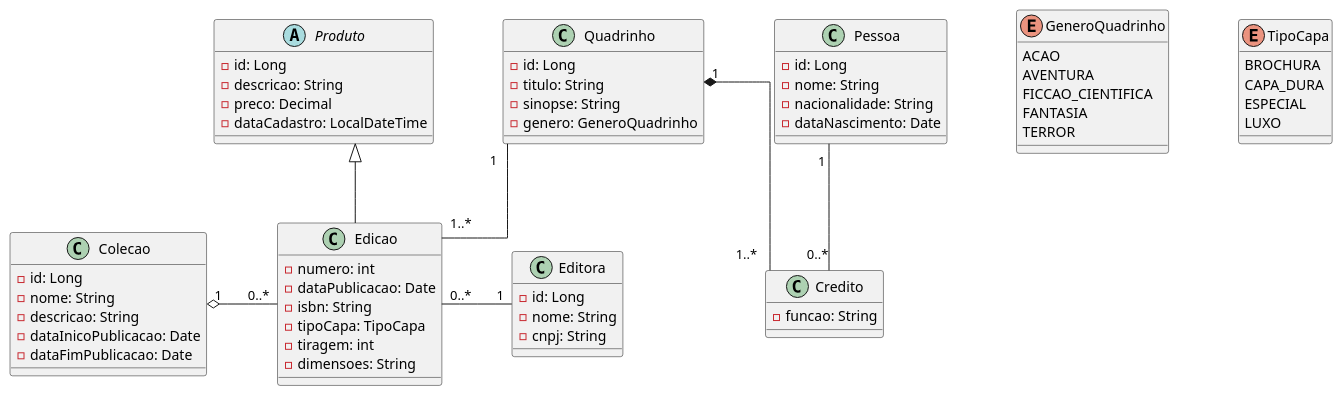
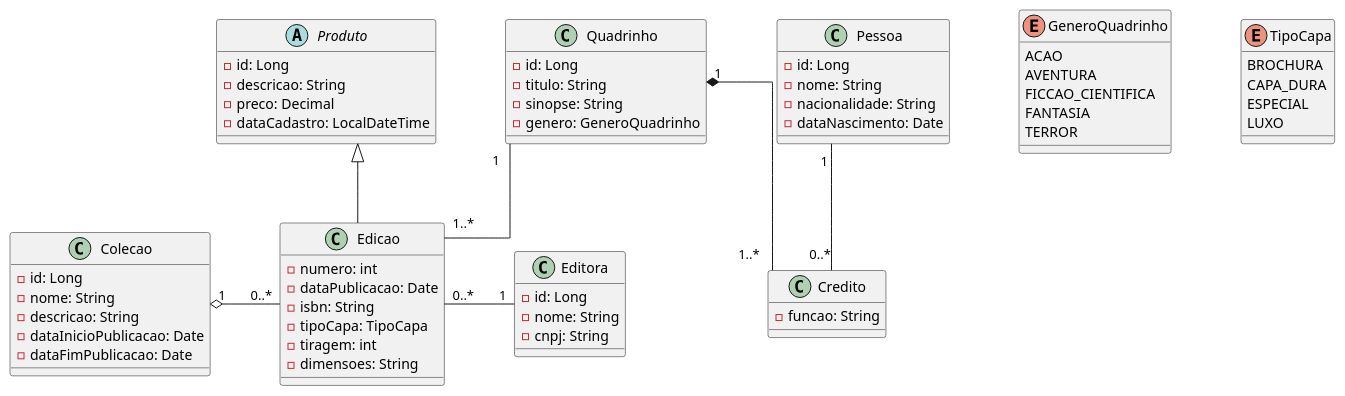
One commit to leonardo-Trex/kuasys changed the diagram in classDiagram.plantuml. Above: the diagram before and after it, drawn with PlantUML.

Commit message:
pequena correção ortográfica.

```diff
--- a/classDiagram.plantuml
+++ b/classDiagram.plantuml
@@ -1,92 +1,92 @@
 @startuml e-commerce
 
 skinparam nodesep 70
 skinparam ranksep 70
 skinparam linetype ortho
 
 ' =====================
 ' ENUMS
 ' =====================
 
 enum GeneroQuadrinho {
   ACAO
   AVENTURA
   FICCAO_CIENTIFICA
   FANTASIA
   TERROR
 }
 
 enum TipoCapa {
   BROCHURA
   CAPA_DURA
   ESPECIAL
   LUXO
 }
 
 ' =====================
 ' CLASSES
 ' =====================
 
 abstract class Produto {
   - id: Long
   - descricao: String
   - preco: Decimal
   - dataCadastro: LocalDateTime
 }
 
 class Edicao {
   - numero: int
   - dataPublicacao: Date
   - isbn: String
   - tipoCapa: TipoCapa
   - tiragem: int
   - dimensoes: String
 }
 
 class Quadrinho {
   - id: Long
   - titulo: String
   - sinopse: String
   - genero: GeneroQuadrinho
 }
 
 class Colecao {
   - id: Long
   - nome: String
   - descricao: String
-  - dataInicoPublicacao: Date
+  - dataInicioPublicacao: Date
   - dataFimPublicacao: Date
 }
 
 class Editora {
   - id: Long
   - nome: String
   - cnpj: String
 }
 
 class Pessoa {
   - id: Long
   - nome: String
   - nacionalidade: String
   - dataNascimento: Date
 }
 
 class Credito {
   - funcao: String  
 }
 
 ' =====================
 ' RELACIONAMENTOS
 ' =====================
 
 Produto <|-- Edicao
 
 Quadrinho "1" -down- "1..*" Edicao
 Quadrinho "1" *-- "1..*" Credito
 Pessoa "1" -- "0..*" Credito
 
 Editora "1" -left- "0..*" Edicao
 
 Colecao "1" o-right- "0..*" Edicao
 
 @enduml
```
